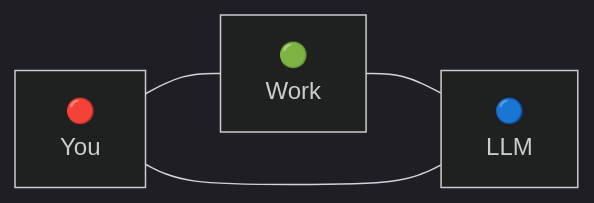
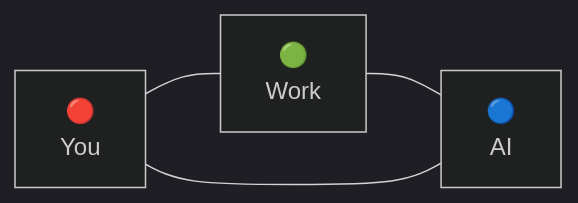
One commit to 1iis/principles changed the diagram in ethos/human-agency.md. Above: the diagram before and after it, drawn with Mermaid. The commit also changed other lines of this file and 2 other files, not shown here.

````diff
--- a/ethos/human-agency.md
+++ b/ethos/human-agency.md
@@ -6,9 +6,8 @@
 ```mermaid
 graph LR
 %%{init: {"theme": "dark"}}%%
 You["🔴<br>You"]
 Work["🟢<br>Work"]
-LLM["🔵<br>LLM"]
-
-You --- Work --- LLM --- You
+AI["🔵<br>AI"]
+You --- Work --- AI --- You
 ```
````
